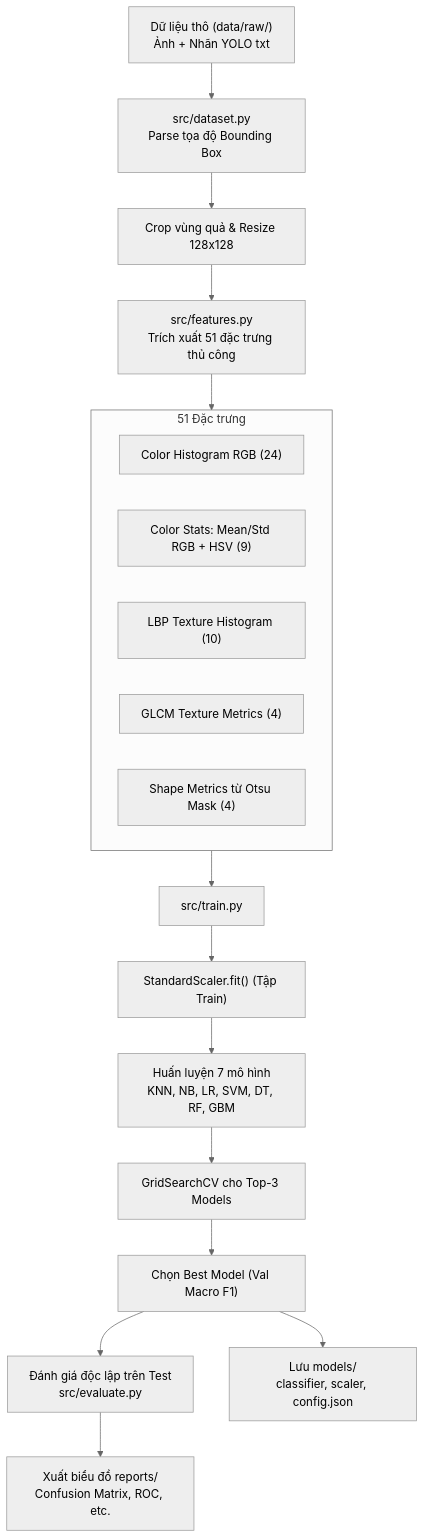
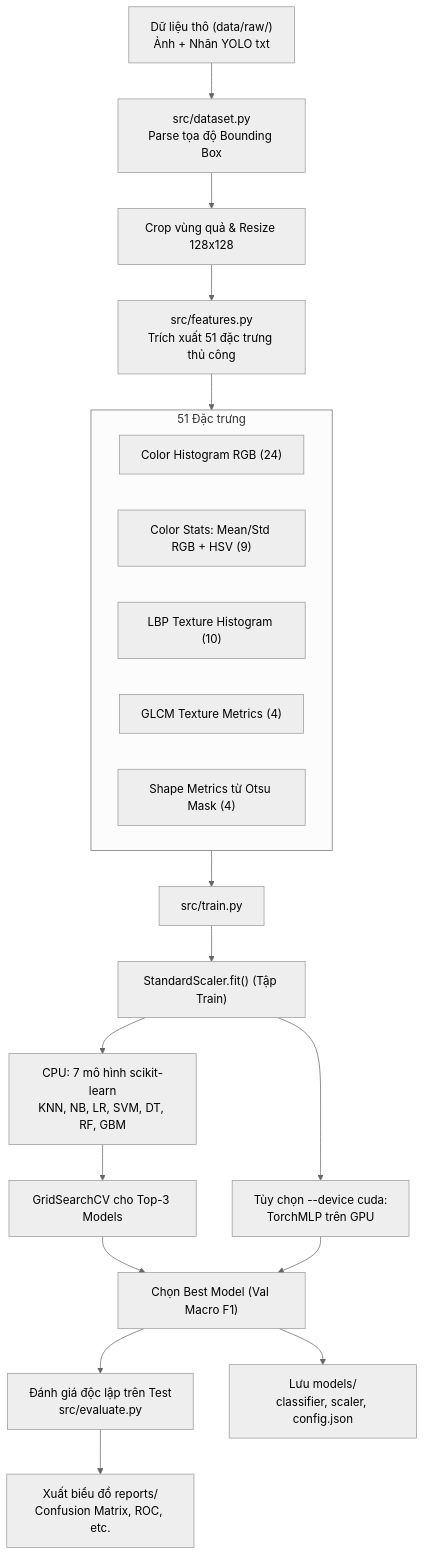
The first of 2 diagrams in context/architecture.md (trantienvn/fruit-classification), drawn with Mermaid (neutral theme) before and after one commit. The commit also changed other lines of this file and 21 other files, not shown here.

First line of the commit message:
Add customizable MLP classifier using PyTorch with CUDA support

````diff
--- a/context/architecture.md
+++ b/context/architecture.md
@@ -70,24 +71,26 @@
 ```mermaid
 flowchart TD
     RawData["Dữ liệu thô (data/raw/)<br/>Ảnh + Nhãn YOLO txt"] --> DatasetParser["src/dataset.py<br/>Parse tọa độ Bounding Box"]
     DatasetParser --> CropResize["Crop vùng quả & Resize 128x128"]
     CropResize --> FeatureExtract["src/features.py<br/>Trích xuất 51 đặc trưng thủ công"]
     
     subgraph FeatureSet ["51 Đặc trưng"]
         F1["Color Histogram RGB (24)"]
         F2["Color Stats: Mean/Std RGB + HSV (9)"]
         F3["LBP Texture Histogram (10)"]
         F4["GLCM Texture Metrics (4)"]
         F5["Shape Metrics từ Otsu Mask (4)"]
     end
     FeatureExtract --> FeatureSet
     
     FeatureSet --> TrainPipeline["src/train.py"]
     TrainPipeline --> Scaler["StandardScaler.fit() (Tập Train)"]
-    Scaler --> ModelTrain["Huấn luyện 7 mô hình<br/>KNN, NB, LR, SVM, DT, RF, GBM"]
+    Scaler --> ModelTrain["CPU: 7 mô hình scikit-learn<br/>KNN, NB, LR, SVM, DT, RF, GBM"]
     ModelTrain --> Tuning["GridSearchCV cho Top-3 Models"]
     Tuning --> BestModel["Chọn Best Model (Val Macro F1)"]
+    Scaler --> TorchGPU["Tùy chọn --device cuda:<br/>TorchMLP trên GPU"]
+    TorchGPU --> BestModel
     BestModel --> TestEval["Đánh giá độc lập trên Test<br/>src/evaluate.py"]
     BestModel --> SaveArtifacts["Lưu models/<br/>classifier, scaler, config.json"]
     TestEval --> SaveReports["Xuất biểu đồ reports/<br/>Confusion Matrix, ROC, etc."]
 ```
````
